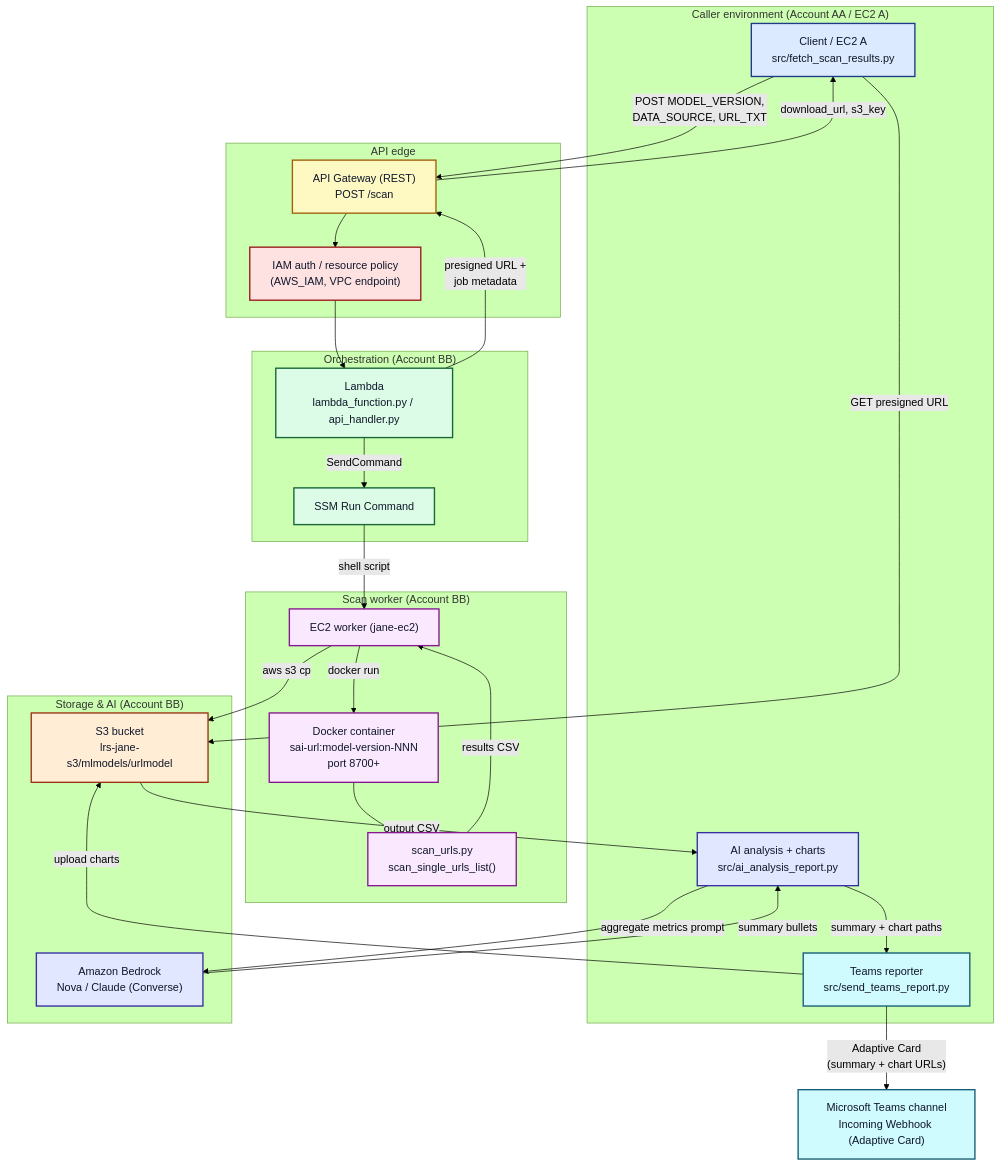
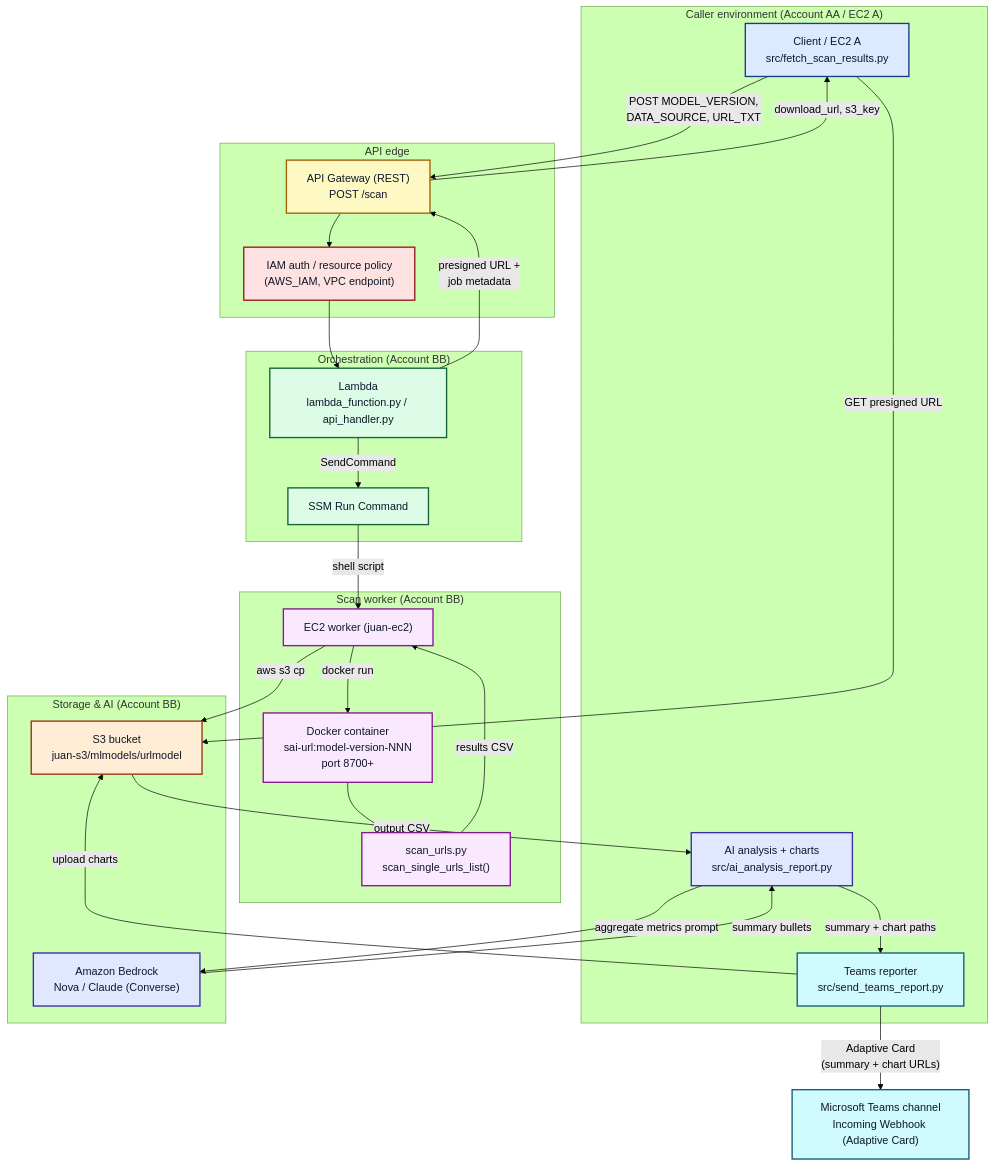
The first of 2 diagrams in README.md (juanchencs/ai-urlmodel-scanning-orchestrator), drawn with Mermaid (forest theme) before and after one commit. The commit also changed other lines of this file and 15 other files, not shown here.

````diff
--- a/README.md
+++ b/README.md
@@ -24,60 +24,60 @@
 ```mermaid
 flowchart TB
     classDef client fill:#dbeafe,stroke:#1e3a8a,stroke-width:2px,color:#0f172a;
     classDef api fill:#fef9c3,stroke:#a16207,stroke-width:2px,color:#0f172a;
     classDef compute fill:#dcfce7,stroke:#166534,stroke-width:2px,color:#0f172a;
     classDef worker fill:#fae8ff,stroke:#86198f,stroke-width:2px,color:#0f172a;
     classDef storage fill:#ffedd5,stroke:#9a3412,stroke-width:2px,color:#0f172a;
     classDef ai fill:#e0e7ff,stroke:#3730a3,stroke-width:2px,color:#0f172a;
     classDef report fill:#cffafe,stroke:#155e75,stroke-width:2px,color:#0f172a;
     classDef security fill:#fee2e2,stroke:#991b1b,stroke-width:2px,color:#0f172a;
 
     subgraph CALLER["Caller environment (Account AA / EC2 A)"]
         A1["Client / EC2 A<br/>src/fetch_scan_results.py"]:::client
         A2["AI analysis + charts<br/>src/ai_analysis_report.py"]:::ai
         A3["Teams reporter<br/>src/send_teams_report.py"]:::report
     end
 
     subgraph EDGE["API edge"]
         G1["API Gateway (REST)<br/>POST /scan"]:::api
         SEC["IAM auth / resource policy<br/>(AWS_IAM, VPC endpoint)"]:::security
     end
 
     subgraph ORCH["Orchestration (Account BB)"]
         L1["Lambda<br/>lambda_function.py / api_handler.py"]:::compute
         SSM["SSM Run Command"]:::compute
     end
 
     subgraph WORK["Scan worker (Account BB)"]
-        W1["EC2 worker (jane-ec2)"]:::worker
+        W1["EC2 worker (juan-ec2)"]:::worker
         W2["Docker container<br/>sai-url:model-version-NNN<br/>port 8700+"]:::worker
         W3["scan_urls.py<br/>scan_single_urls_list()"]:::worker
     end
 
     subgraph DATA["Storage & AI (Account BB)"]
-        S3["S3 bucket<br/>lrs-jane-s3/mlmodels/urlmodel"]:::storage
+        S3["S3 bucket<br/>juan-s3/mlmodels/urlmodel"]:::storage
         BR["Amazon Bedrock<br/>Nova / Claude (Converse)"]:::ai
     end
 
     TEAMS["Microsoft Teams channel<br/>Incoming Webhook (Adaptive Card)"]:::report
 
     A1 -->|"POST MODEL_VERSION,<br/>DATA_SOURCE, URL_TXT"| G1
     G1 --> SEC
     SEC --> L1
     L1 -->|"SendCommand"| SSM
     SSM -->|"shell script"| W1
     W1 -->|"docker run"| W2
     W2 --> W3
     W3 -->|"results CSV"| W1
     W1 -->|"aws s3 cp"| S3
     L1 -->|"presigned URL +<br/>job metadata"| G1
     G1 -->|"download_url, s3_key"| A1
 
     A1 -->|"GET presigned URL"| S3
     S3 -->|"output CSV"| A2
     A2 -->|"aggregate metrics prompt"| BR
     BR -->|"summary bullets"| A2
     A2 -->|"summary + chart paths"| A3
     A3 -->|"upload charts"| S3
     A3 -->|"Adaptive Card<br/>(summary + chart URLs)"| TEAMS
 ```
````
